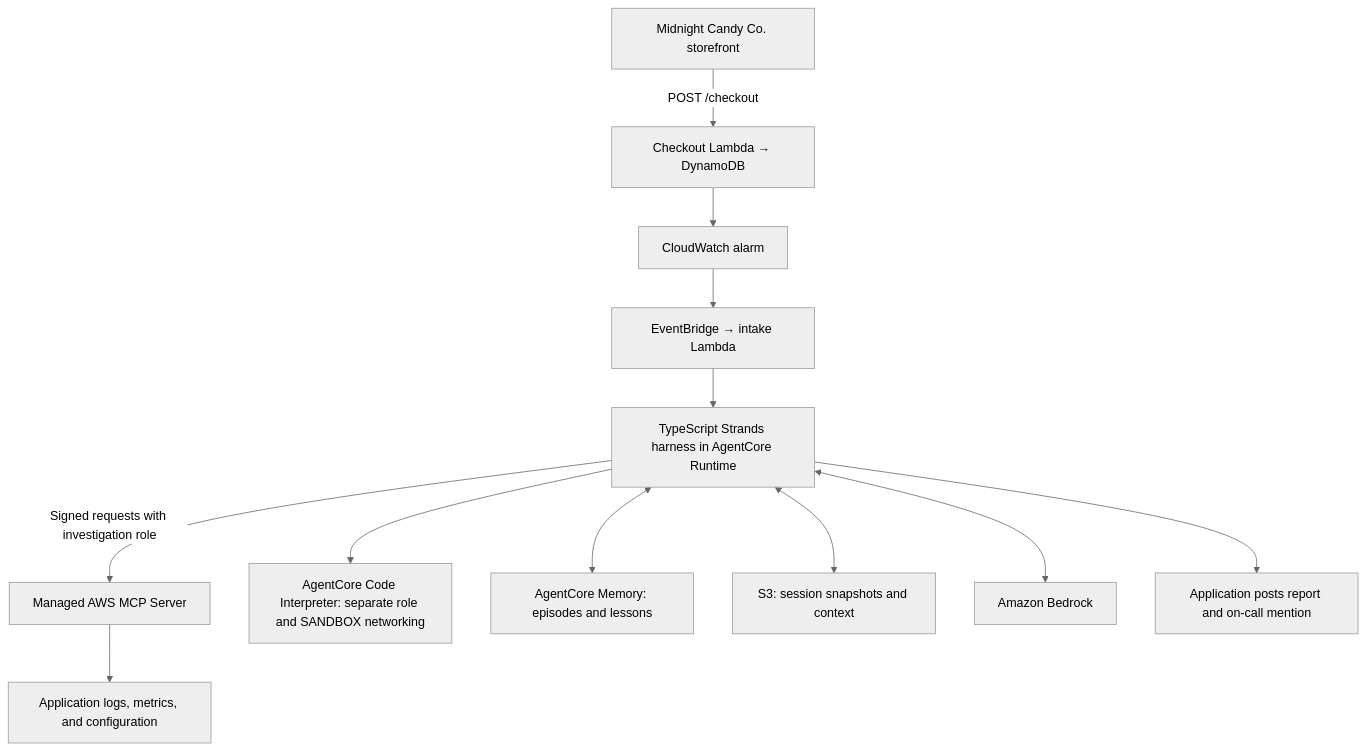
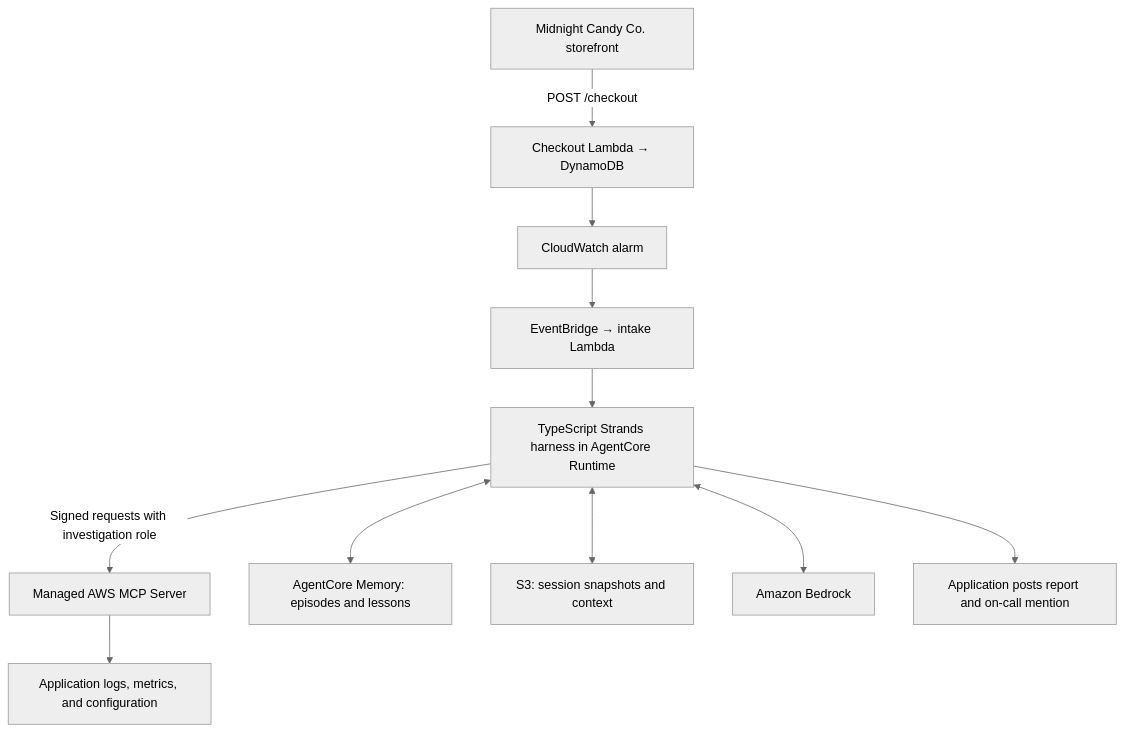
Before and after one commit to morganwilliscloud/strands-harness-incident-triage: the diagram in README.md, drawn with Mermaid (neutral theme). The commit also changed other lines of this file and 22 other files, not shown here.

Commit message:
Remove Code Interpreter and use managed AWS MCP execution

````diff
--- a/README.md
+++ b/README.md
@@ -13,14 +13,13 @@
 ```mermaid
 flowchart TD
     Browser[Midnight Candy Co. storefront] -->|POST /checkout| App[Checkout Lambda → DynamoDB]
     App --> Alarm[CloudWatch alarm]
     Alarm --> Intake[EventBridge → intake Lambda]
     Intake --> Agent[TypeScript Strands harness in AgentCore Runtime]
     Agent -->|Signed requests with investigation role| Toolkit[Managed AWS MCP Server]
     Toolkit --> AWS[Application logs, metrics, and configuration]
-    Agent --> Interpreter[AgentCore Code Interpreter: separate role and SANDBOX networking]
     Agent <--> Memory[AgentCore Memory: episodes and lessons]
     Agent <--> Sessions[S3: session snapshots and context]
     Agent <--> Model[Amazon Bedrock]
     Agent --> Slack[Application posts report and on-call mention]
 ```
````
